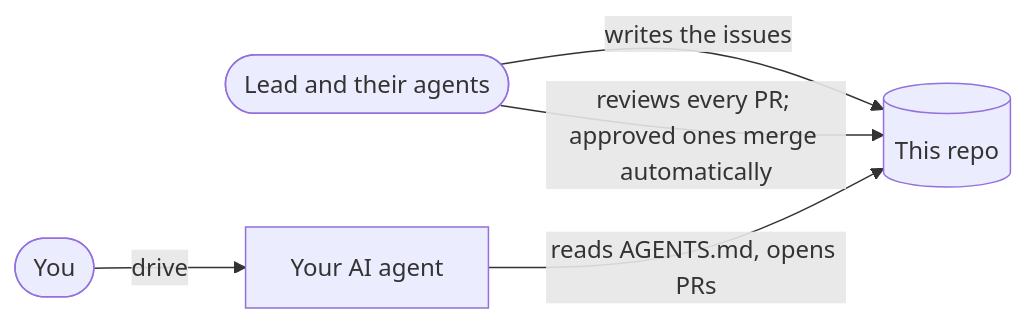
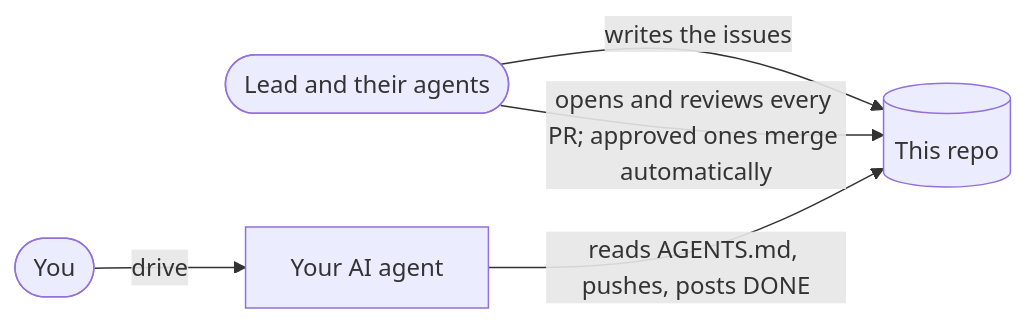
Before and after one commit to atiladeokegab/hackathon_teamwork: the second of 5 diagrams in README.md, drawn with Mermaid. The commit also changed other lines of this file and 4 other files, not shown here.

First line of the commit message:
feat: owners decide their vertical; agents post DONE and the lead opens the PR

````diff
--- a/README.md
+++ b/README.md
@@ -64,7 +64,7 @@
 ```mermaid
 flowchart LR
     LEAD(["Lead and their agents"]) -- "writes the issues" --> REPO[("This repo")]
-    LEAD -- "reviews every PR; approved ones merge automatically" --> REPO
+    LEAD -- "opens and reviews every PR; approved ones merge automatically" --> REPO
     YOU(["You"]) -- "drive" --> AGENT["Your AI agent"]
-    AGENT -- "reads AGENTS.md, opens PRs" --> REPO
+    AGENT -- "reads AGENTS.md, pushes, posts DONE" --> REPO
 ```
````
